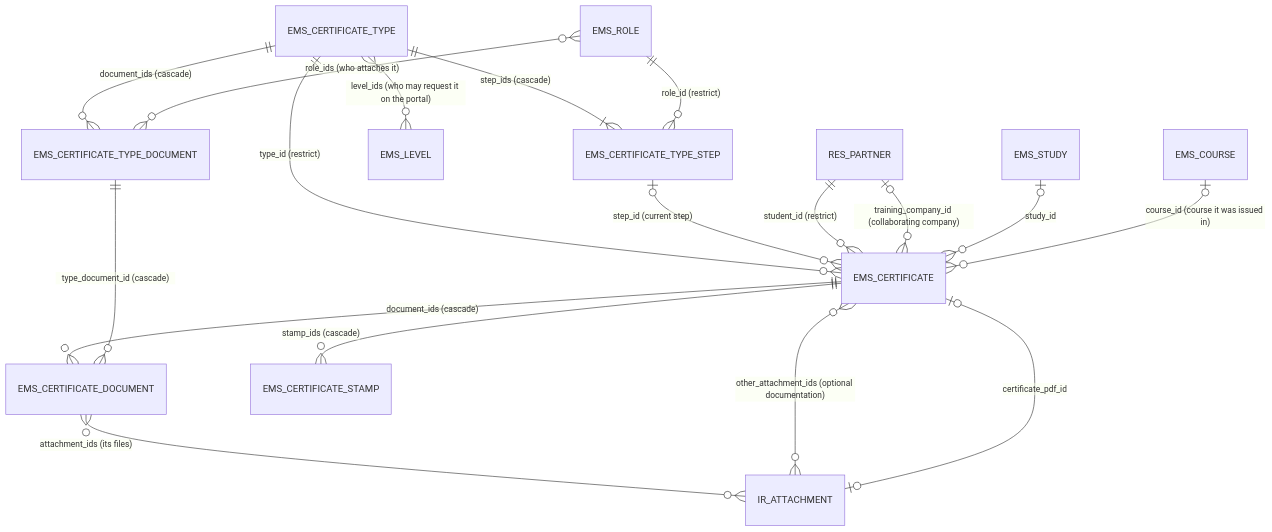
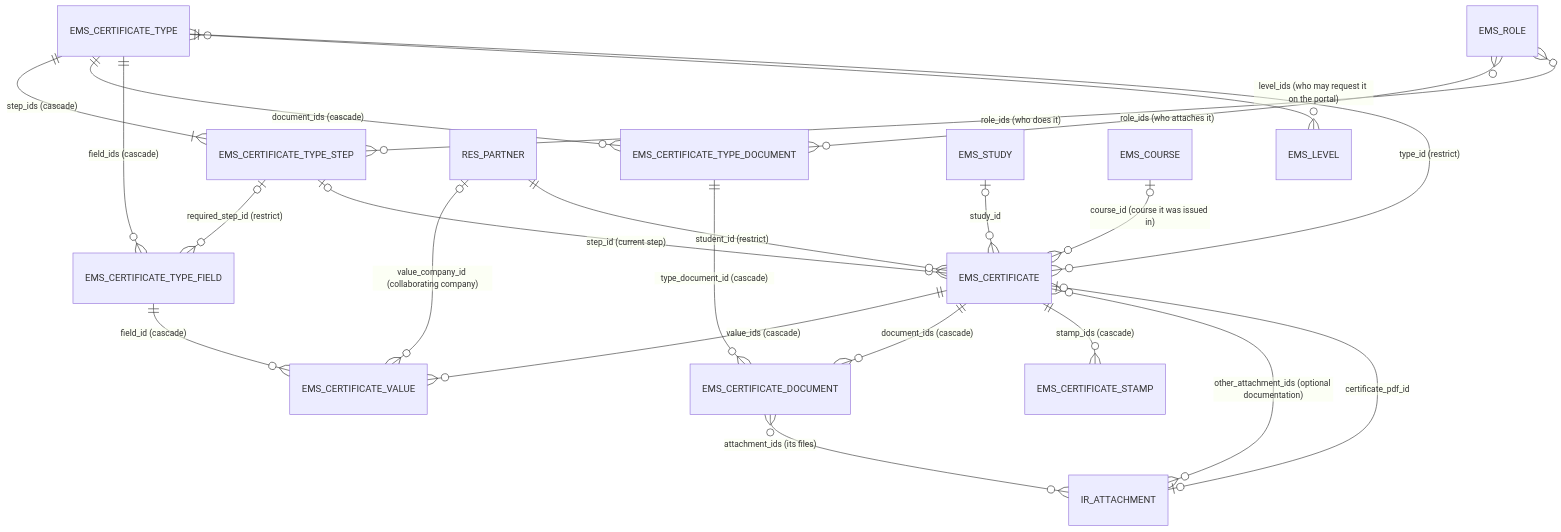
One commit to ElPuig/EMS changed the first of 2 diagrams in docs/en/developers/certificates/certificate.md. Above: the diagram before and after it, drawn with Mermaid. The commit also changed other lines of this file and 216 other files, not shown here.

````diff
--- a/docs/en/developers/certificates/certificate.md
+++ b/docs/en/developers/certificates/certificate.md
@@ -64,20 +76,24 @@
 ```mermaid
 erDiagram
     EMS_CERTIFICATE_TYPE ||--|{ EMS_CERTIFICATE_TYPE_STEP : "step_ids (cascade)"
     EMS_CERTIFICATE_TYPE ||--o{ EMS_CERTIFICATE_TYPE_DOCUMENT : "document_ids (cascade)"
+    EMS_CERTIFICATE_TYPE ||--o{ EMS_CERTIFICATE_TYPE_FIELD : "field_ids (cascade)"
+    EMS_CERTIFICATE_TYPE_STEP |o--o{ EMS_CERTIFICATE_TYPE_FIELD : "required_step_id (restrict)"
+    EMS_CERTIFICATE ||--o{ EMS_CERTIFICATE_VALUE : "value_ids (cascade)"
+    EMS_CERTIFICATE_TYPE_FIELD ||--o{ EMS_CERTIFICATE_VALUE : "field_id (cascade)"
+    RES_PARTNER |o--o{ EMS_CERTIFICATE_VALUE : "value_company_id (collaborating company)"
     EMS_ROLE }o--o{ EMS_CERTIFICATE_TYPE_DOCUMENT : "role_ids (who attaches it)"
     EMS_CERTIFICATE ||--o{ EMS_CERTIFICATE_DOCUMENT : "document_ids (cascade)"
     EMS_CERTIFICATE_TYPE_DOCUMENT ||--o{ EMS_CERTIFICATE_DOCUMENT : "type_document_id (cascade)"
     EMS_CERTIFICATE_DOCUMENT }o--o{ IR_ATTACHMENT : "attachment_ids (its files)"
     EMS_CERTIFICATE_TYPE }o--o{ EMS_LEVEL : "level_ids (who may request it on the portal)"
-    EMS_ROLE ||--o{ EMS_CERTIFICATE_TYPE_STEP : "role_id (restrict)"
+    EMS_ROLE }o--o{ EMS_CERTIFICATE_TYPE_STEP : "role_ids (who does it)"
     EMS_CERTIFICATE_TYPE ||--o{ EMS_CERTIFICATE : "type_id (restrict)"
     EMS_CERTIFICATE_TYPE_STEP |o--o{ EMS_CERTIFICATE : "step_id (current step)"
     RES_PARTNER ||--o{ EMS_CERTIFICATE : "student_id (restrict)"
-    RES_PARTNER |o--o{ EMS_CERTIFICATE : "training_company_id (collaborating company)"
     EMS_STUDY |o--o{ EMS_CERTIFICATE : "study_id"
     EMS_COURSE |o--o{ EMS_CERTIFICATE : "course_id (course it was issued in)"
     EMS_CERTIFICATE ||--o{ EMS_CERTIFICATE_STAMP : "stamp_ids (cascade)"
     EMS_CERTIFICATE }o--o{ IR_ATTACHMENT : "other_attachment_ids (optional documentation)"
     EMS_CERTIFICATE |o--o| IR_ATTACHMENT : "certificate_pdf_id"
 ```
````
